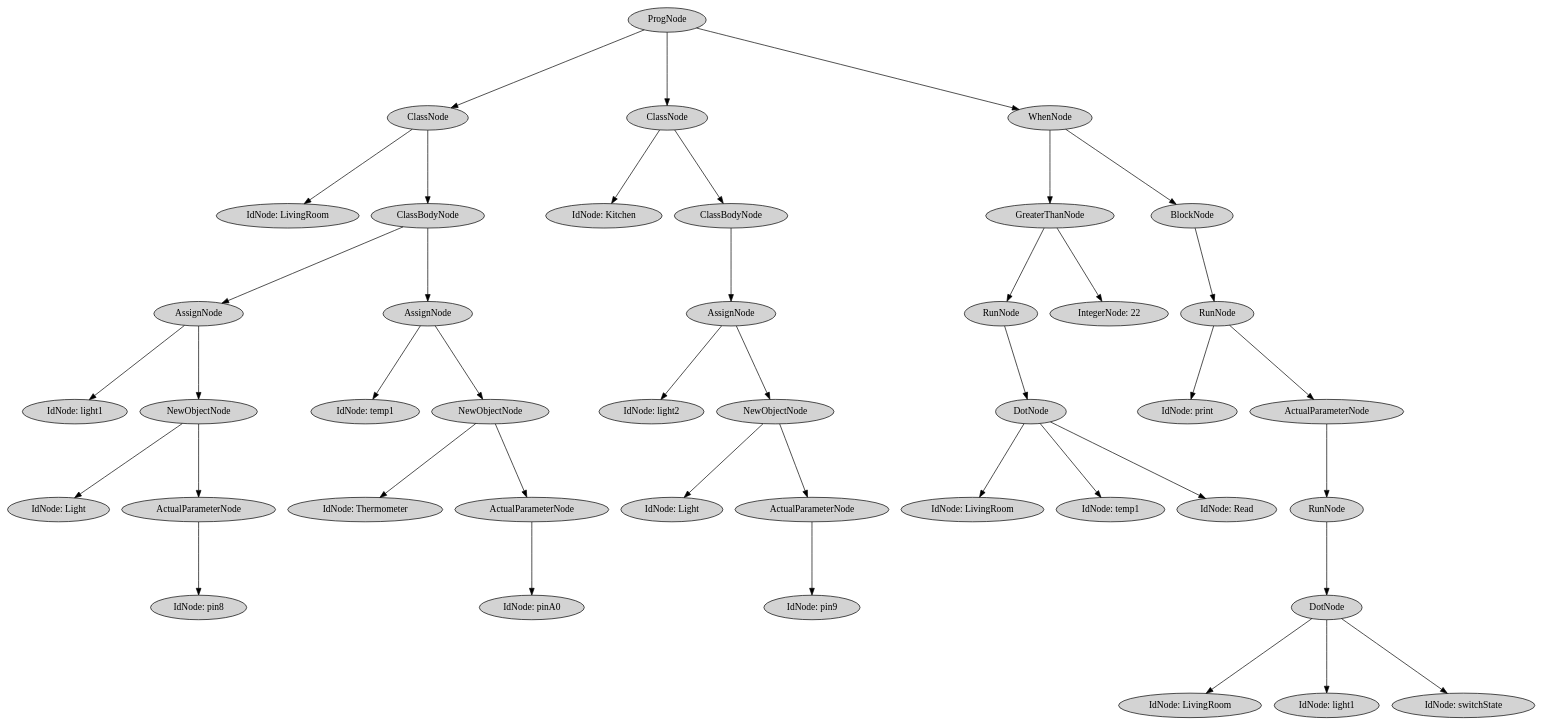
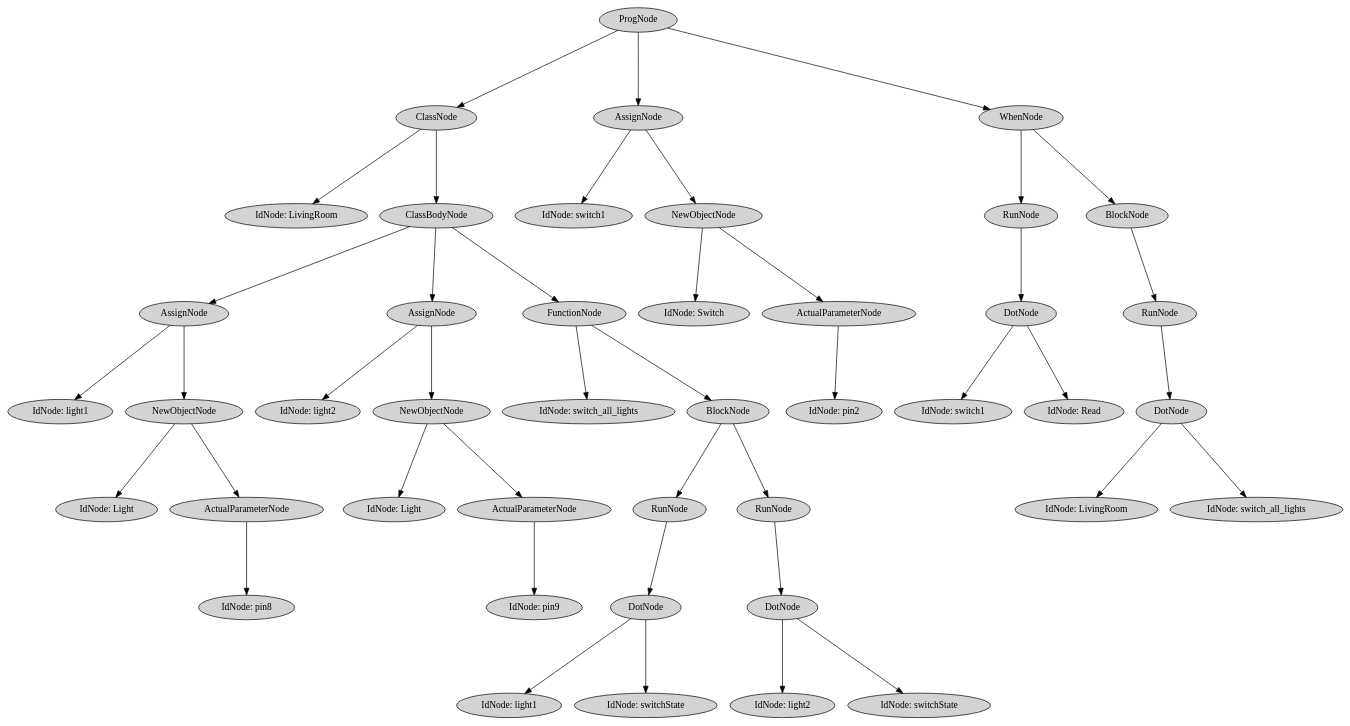
The diagram in src/AST.gv (sabj17/Birdject), drawn with Graphviz before and after one commit. The commit also changed 8 other files, not shown here.

```diff
--- a/src/AST.gv
+++ b/src/AST.gv
@@ -1,88 +1,90 @@
 digraph G {
 	graph [ranksep=1.5 ratio=fill]
 	node [style=filled]
-	3196283 [label=ProgNode]
-	3196287 [label=ClassNode]
-	3196283 -> 3196287
-	3196275 [label="IdNode: LivingRoom"]
-	3196287 -> 3196275
-	3196281 [label=ClassBodyNode]
-	3196287 -> 3196281
-	3011231 [label=AssignNode]
-	3196281 -> 3011231
-	3196295 [label="IdNode: light1"]
-	3011231 -> 3196295
-	3196311 [label=NewObjectNode]
-	3011231 -> 3196311
-	3196313 [label="IdNode: Light"]
-	3196311 -> 3196313
-	3196309 [label=ActualParameterNode]
-	3196311 -> 3196309
-	3196337 [label="IdNode: pin8"]
-	3196309 -> 3196337
-	3196299 [label=AssignNode]
-	3196281 -> 3196299
-	3196297 [label="IdNode: temp1"]
-	3196299 -> 3196297
-	3196317 [label=NewObjectNode]
-	3196299 -> 3196317
-	3196323 [label="IdNode: Thermometer"]
-	3196317 -> 3196323
-	3196319 [label=ActualParameterNode]
-	3196317 -> 3196319
-	3196351 [label="IdNode: pinA0"]
-	3196319 -> 3196351
-	3196293 [label=ClassNode]
-	3196283 -> 3196293
-	3196303 [label="IdNode: Kitchen"]
-	3196293 -> 3196303
-	3196291 [label=ClassBodyNode]
-	3196293 -> 3196291
-	3196301 [label=AssignNode]
-	3196291 -> 3196301
-	3196305 [label="IdNode: light2"]
-	3196301 -> 3196305
-	3196339 [label=NewObjectNode]
-	3196301 -> 3196339
-	3196333 [label="IdNode: Light"]
-	3196339 -> 3196333
-	3196343 [label=ActualParameterNode]
-	3196339 -> 3196343
-	3196365 [label="IdNode: pin9"]
-	3196343 -> 3196365
-	3196321 [label=WhenNode]
-	3196283 -> 3196321
-	3196325 [label=GreaterThanNode]
-	3196321 -> 3196325
-	3196345 [label=RunNode]
-	3196325 -> 3196345
-	3196357 [label=DotNode]
-	3196345 -> 3196357
-	3196353 [label="IdNode: LivingRoom"]
-	3196357 -> 3196353
-	3196359 [label="IdNode: temp1"]
-	3196357 -> 3196359
-	3196361 [label="IdNode: Read"]
-	3196357 -> 3196361
-	3196363 [label="IntegerNode: 22"]
-	3196325 -> 3196363
-	3196329 [label=BlockNode]
-	3196321 -> 3196329
-	3196327 [label=RunNode]
-	3196329 -> 3196327
-	3196349 [label="IdNode: print"]
-	3196327 -> 3196349
-	3196331 [label=ActualParameterNode]
-	3196327 -> 3196331
-	3196375 [label=RunNode]
-	3196331 -> 3196375
-	3196385 [label=DotNode]
-	3196375 -> 3196385
-	3196381 [label="IdNode: LivingRoom"]
-	3196385 -> 3196381
-	3196387 [label="IdNode: light1"]
-	3196385 -> 3196387
-	3196389 [label="IdNode: switchState"]
-	3196385 -> 3196389
+	3101805 [label=ProgNode]
+	3101809 [label=ClassNode]
+	3101805 -> 3101809
+	3101797 [label="IdNode: LivingRoom"]
+	3101809 -> 3101797
+	3101803 [label=ClassBodyNode]
+	3101809 -> 3101803
+	3101813 [label=AssignNode]
+	3101803 -> 3101813
+	3101817 [label="IdNode: light1"]
+	3101813 -> 3101817
+	3101833 [label=NewObjectNode]
+	3101813 -> 3101833
+	3101835 [label="IdNode: Light"]
+	3101833 -> 3101835
+	3101831 [label=ActualParameterNode]
+	3101833 -> 3101831
+	3101859 [label="IdNode: pin8"]
+	3101831 -> 3101859
+	3101815 [label=AssignNode]
+	3101803 -> 3101815
+	3101823 [label="IdNode: light2"]
+	3101815 -> 3101823
+	3101839 [label=NewObjectNode]
+	3101815 -> 3101839
+	3101847 [label="IdNode: Light"]
+	3101839 -> 3101847
+	3101845 [label=ActualParameterNode]
+	3101839 -> 3101845
+	3101871 [label="IdNode: pin9"]
+	3101845 -> 3101871
+	3101807 [label=FunctionNode]
+	3101803 -> 3101807
+	3101819 [label="IdNode: switch_all_lights"]
+	3101807 -> 3101819
+	3101825 [label=BlockNode]
+	3101807 -> 3101825
+	3101843 [label=RunNode]
+	3101825 -> 3101843
+	3101853 [label=DotNode]
+	3101843 -> 3101853
+	3101861 [label="IdNode: light1"]
+	3101853 -> 3101861
+	3101857 [label="IdNode: switchState"]
+	3101853 -> 3101857
+	3101849 [label=RunNode]
+	3101825 -> 3101849
+	3101863 [label=DotNode]
+	3101849 -> 3101863
+	3101855 [label="IdNode: light2"]
+	3101863 -> 3101855
+	3101867 [label="IdNode: switchState"]
+	3101863 -> 3101867
+	3101821 [label=AssignNode]
+	3101805 -> 3101821
+	3101829 [label="IdNode: switch1"]
+	3101821 -> 3101829
+	3101873 [label=NewObjectNode]
+	3101821 -> 3101873
+	3101881 [label="IdNode: Switch"]
+	3101873 -> 3101881
+	3101879 [label=ActualParameterNode]
+	3101873 -> 3101879
+	3101905 [label="IdNode: pin2"]
+	3101879 -> 3101905
+	3101827 [label=WhenNode]
+	3101805 -> 3101827
+	3101883 [label=RunNode]
+	3101827 -> 3101883
+	3101895 [label=DotNode]
+	3101883 -> 3101895
+	3101893 [label="IdNode: switch1"]
+	3101895 -> 3101893
+	3101897 [label="IdNode: Read"]
+	3101895 -> 3101897
+	3101869 [label=BlockNode]
+	3101827 -> 3101869
+	3101851 [label=RunNode]
+	3101869 -> 3101851
+	3101889 [label=DotNode]
+	3101851 -> 3101889
+	3101875 [label="IdNode: LivingRoom"]
+	3101889 -> 3101875
+	3101891 [label="IdNode: switch_all_lights"]
+	3101889 -> 3101891
 	overlap=false
 }
```
